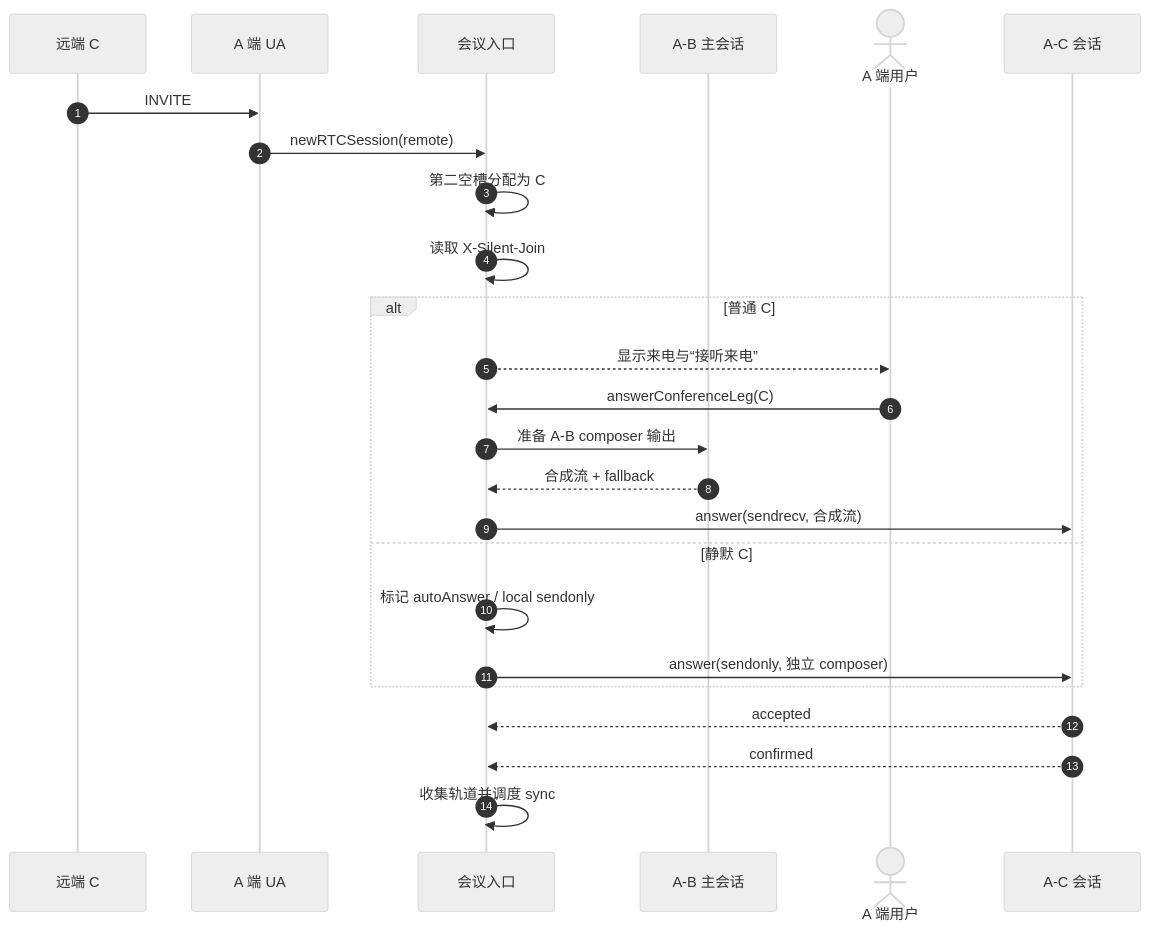
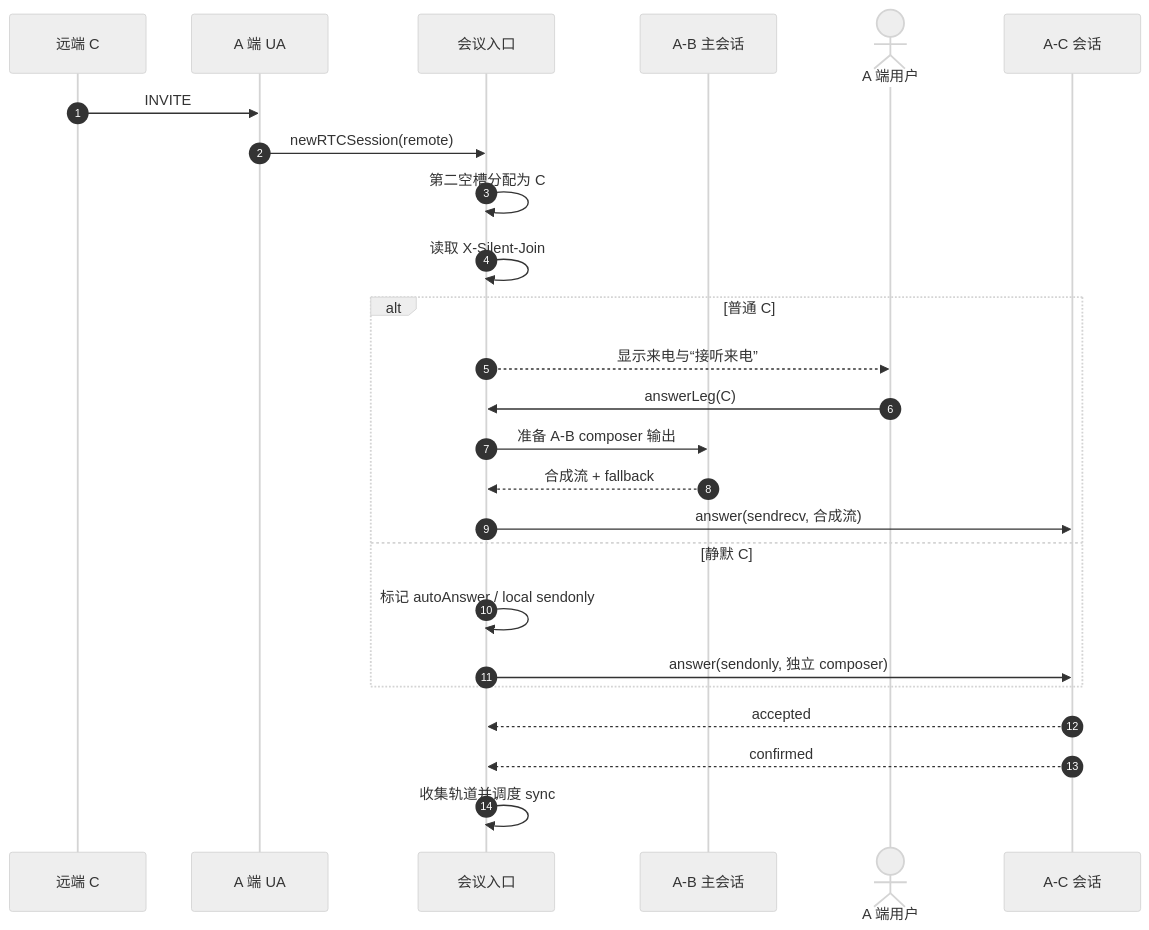
One commit to lei40251/JsSIP changed the sixth of 20 diagrams in docs/app-conference-guide.md. Above: the diagram before and after it, drawn with Mermaid (neutral theme). The commit also changed other lines of this file and 31 other files, not shown here.

````diff
--- a/docs/app-conference-guide.md
+++ b/docs/app-conference-guide.md
@@ -375,30 +378,30 @@
 ```mermaid
 sequenceDiagram
   autonumber
   participant C as 远端 C
   participant UA as A 端 UA
   participant Handler as 会议入口
   participant Host as A-B 主会话
   actor User as A 端用户
   participant AC as A-C 会话
 
   C->>UA: INVITE
   UA->>Handler: newRTCSession(remote)
   Handler->>Handler: 第二空槽分配为 C
   Handler->>Handler: 读取 X-Silent-Join
 
   alt 普通 C
     Handler-->>User: 显示来电与“接听来电”
-    User->>Handler: answerConferenceLeg(C)
+    User->>Handler: answerLeg(C)
     Handler->>Host: 准备 A-B composer 输出
     Host-->>Handler: 合成流 + fallback
     Handler->>AC: answer(sendrecv, 合成流)
   else 静默 C
     Handler->>Handler: 标记 autoAnswer / local sendonly
     Handler->>AC: answer(sendonly, 独立 composer)
   end
 
   AC-->>Handler: accepted
   AC-->>Handler: confirmed
   Handler->>Handler: 收集轨道并调度 sync
 ```
````
